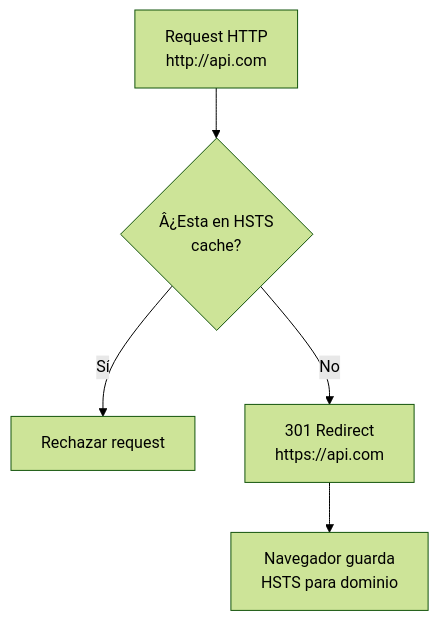
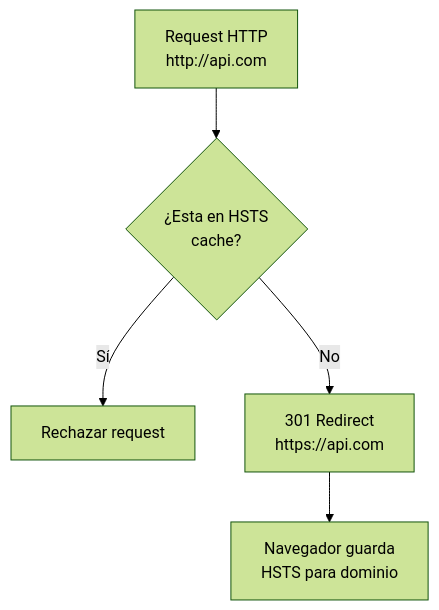
The fourth of 16 diagrams in doc/19-seguridad-http.md (joseluisgs/TiendaDawApi-Cqrs-MediatR-NetCore), drawn with Mermaid (forest theme) before and after one commit. The commit also changed other lines of this file and 27 other files, not shown here.

````diff
--- a/doc/19-seguridad-http.md
+++ b/doc/19-seguridad-http.md
@@ -137,7 +137,7 @@
 ```mermaid
 flowchart TD
-    A["Request HTTP<br/>http://api.com"] --> B{"Â¿Esta en HSTS<br/>cache?"}
+    A["Request HTTP<br/>http://api.com"] --> B{"¿Esta en HSTS<br/>cache?"}
     B -->|Sí| C["Rechazar request"]
     B -->|No| D["301 Redirect<br/>https://api.com"]
     D --> E["Navegador guarda<br/>HSTS para dominio"]
 ```
````
